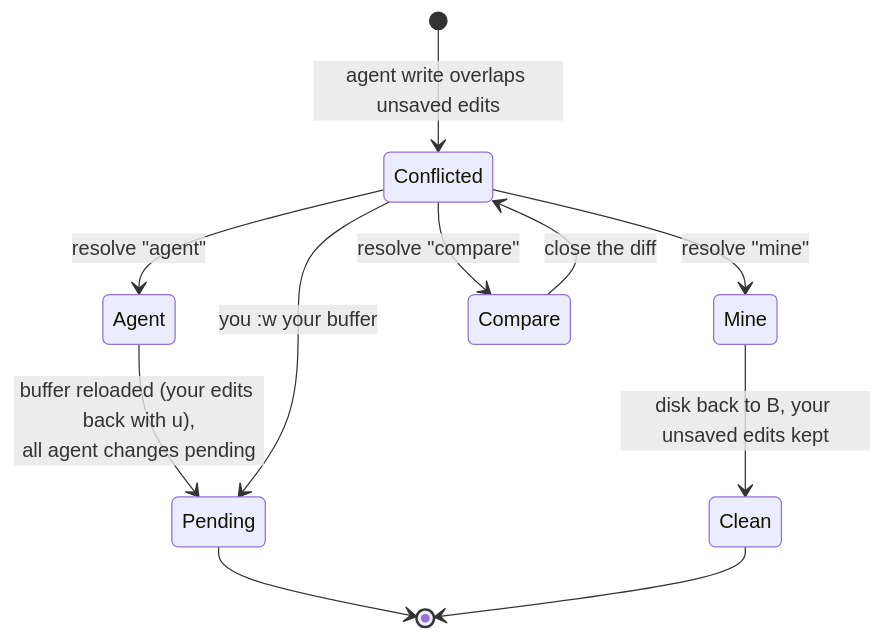
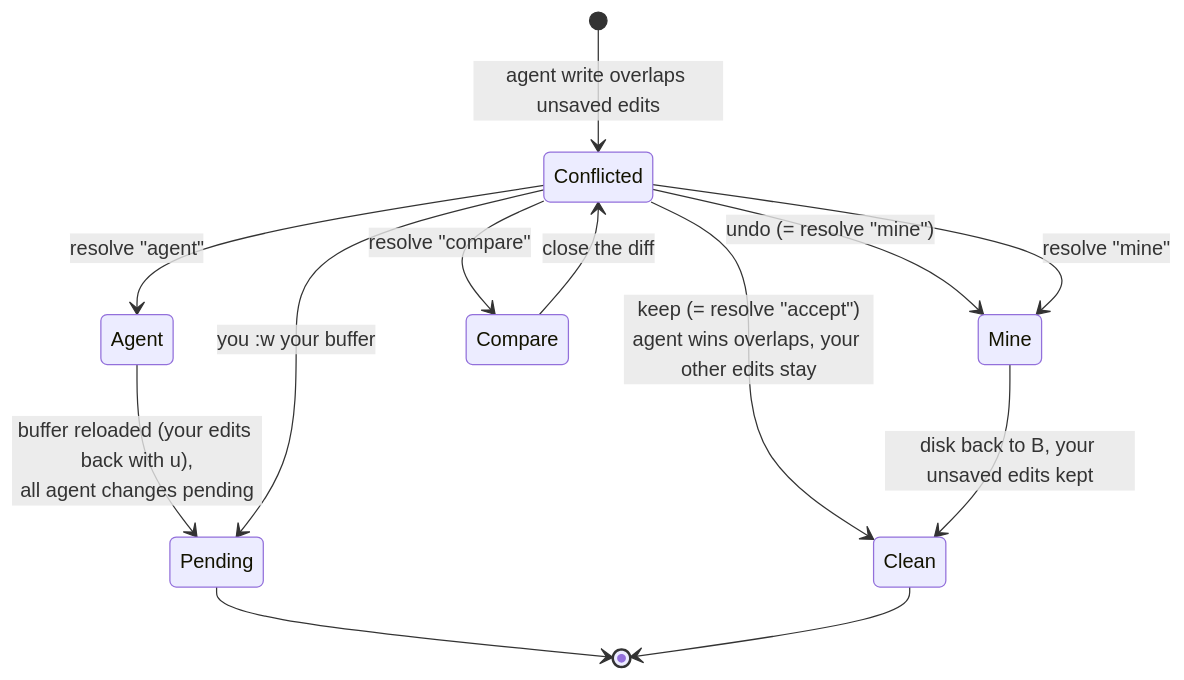
The sixth of 9 diagrams in docs/attribution.md (RayIci/agentdiff.nvim), drawn with Mermaid before and after one commit. The commit also changed other lines of this file and 13 other files, not shown here.

````diff
--- a/docs/attribution.md
+++ b/docs/attribution.md
@@ -183,13 +184,15 @@
 ```mermaid
 stateDiagram-v2
     [*] --> Conflicted: agent write overlaps unsaved edits
+    Conflicted --> Clean: keep (= resolve "accept")<br/>agent wins overlaps, your other edits stay
+    Conflicted --> Mine: undo (= resolve "mine")
     Conflicted --> Agent: resolve "agent"
     Conflicted --> Mine: resolve "mine"
     Conflicted --> Compare: resolve "compare"
     Compare --> Conflicted: close the diff
     Agent --> Pending: buffer reloaded (your edits back with u),<br/>all agent changes pending
     Mine --> Clean: disk back to B, your unsaved edits kept
     Conflicted --> Pending: you :w your buffer
     Pending --> [*]
     Clean --> [*]
 ```
````
